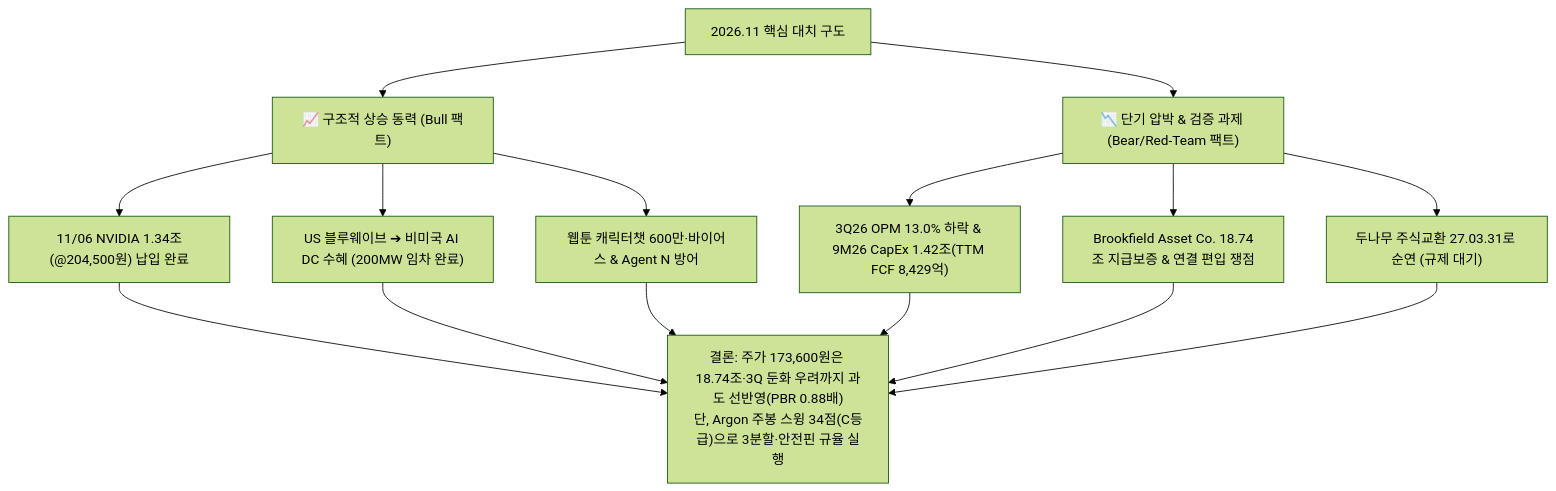
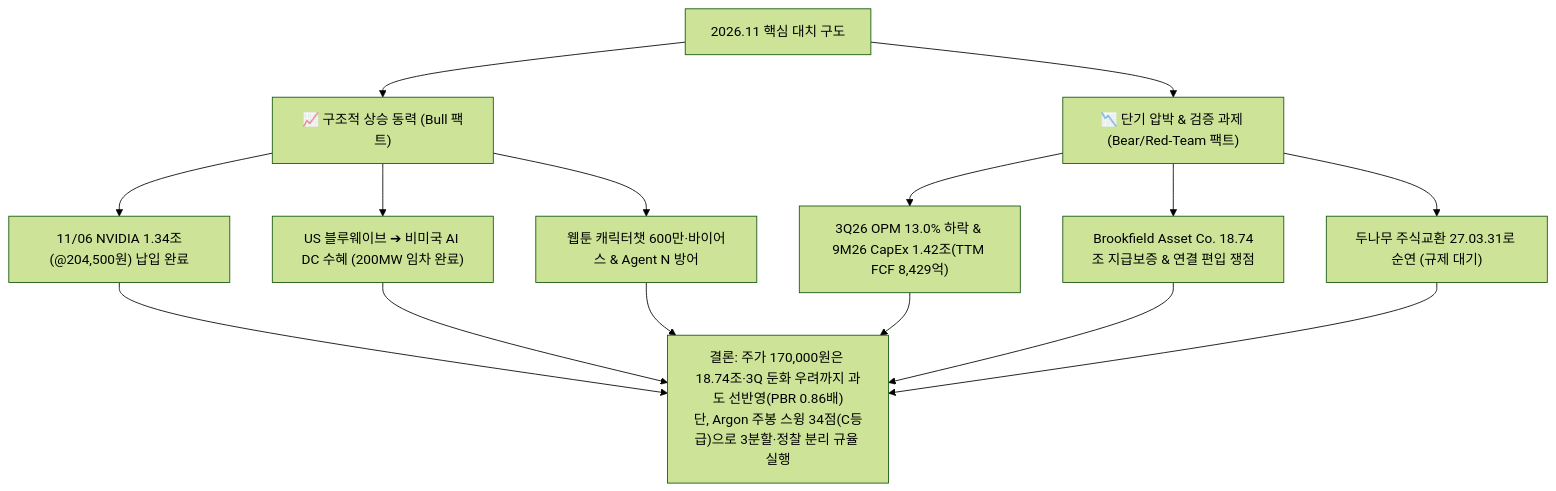
The diagram in Stock_Research/NAVER/3_Final_Reports/Phase2_Story.md (eve830521-cmd/my-skill-ver.5), drawn with Mermaid (forest theme) before and after one commit. The commit also changed other lines of this file and 25 other files, not shown here.

````diff
--- a/Stock_Research/NAVER/3_Final_Reports/Phase2_Story.md
+++ b/Stock_Research/NAVER/3_Final_Reports/Phase2_Story.md
@@ -34,12 +34,12 @@
 ```mermaid
 graph TD
     A["2026.11 핵심 대치 구도"] --> B["📈 구조적 상승 동력 (Bull 팩트)"]
     A --> C["📉 단기 압박 & 검증 과제 (Bear/Red-Team 팩트)"]
     B --> B1["11/06 NVIDIA 1.34조(@204,500원) 납입 완료"]
     B --> B2["US 블루웨이브 ➔ 비미국 AI DC 수혜 (200MW 임차 완료)"]
     B --> B3["웹툰 캐릭터챗 600만·바이어스 & Agent N 방어"]
     C --> C1["3Q26 OPM 13.0% 하락 & 9M26 CapEx 1.42조(TTM FCF 8,429억)"]
     C --> C2["Brookfield Asset Co. 18.74조 지급보증 & 연결 편입 쟁점"]
     C --> C3["두나무 주식교환 27.03.31로 순연 (규제 대기)"]
-    B1 & B2 & B3 & C1 & C2 & C3 --> D["결론: 주가 173,600원은 18.74조·3Q 둔화 우려까지 과도 선반영(PBR 0.88배)<br>단, Argon 주봉 스윙 34점(C등급)으로 3분할·안전핀 규율 실행"]
+    B1 & B2 & B3 & C1 & C2 & C3 --> D["결론: 주가 170,000원은 18.74조·3Q 둔화 우려까지 과도 선반영(PBR 0.86배)<br>단, Argon 주봉 스윙 34점(C등급)으로 3분할·정찰 분리 규율 실행"]
 ```
````
